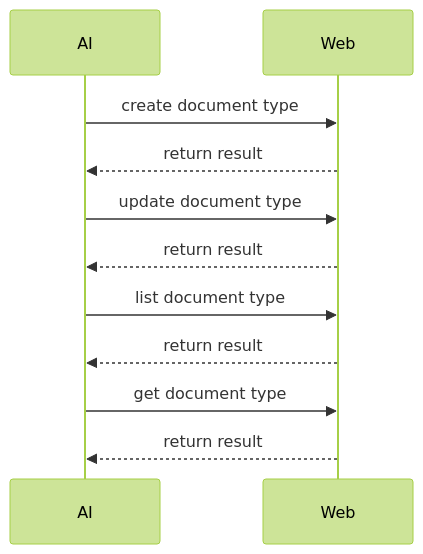
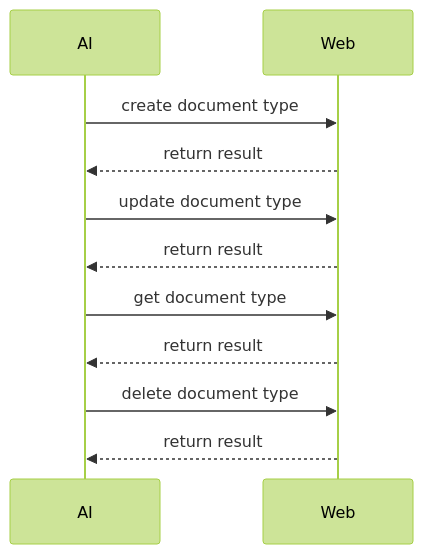
Before and after one commit to tofuai/idoc: the second of 2 diagrams in README.md, drawn with Mermaid (forest theme). The commit also changed other lines of this file, not shown here.

Commit message:
update document

````diff
--- a/README.md
+++ b/README.md
@@ -46,11 +54,11 @@
 ```mermaid
 sequenceDiagram
 AI ->> Web: create document type
 Web -->> AI: return result
 AI ->> Web: update document type
 Web -->> AI: return result
-AI ->> Web: list document type
+AI ->> Web: get document type
 Web -->> AI: return result
-AI ->> Web: get document type
-Web -->> AI: return result 
+AI ->> Web: delete document type
+Web -->> AI: return result
 ```
````
